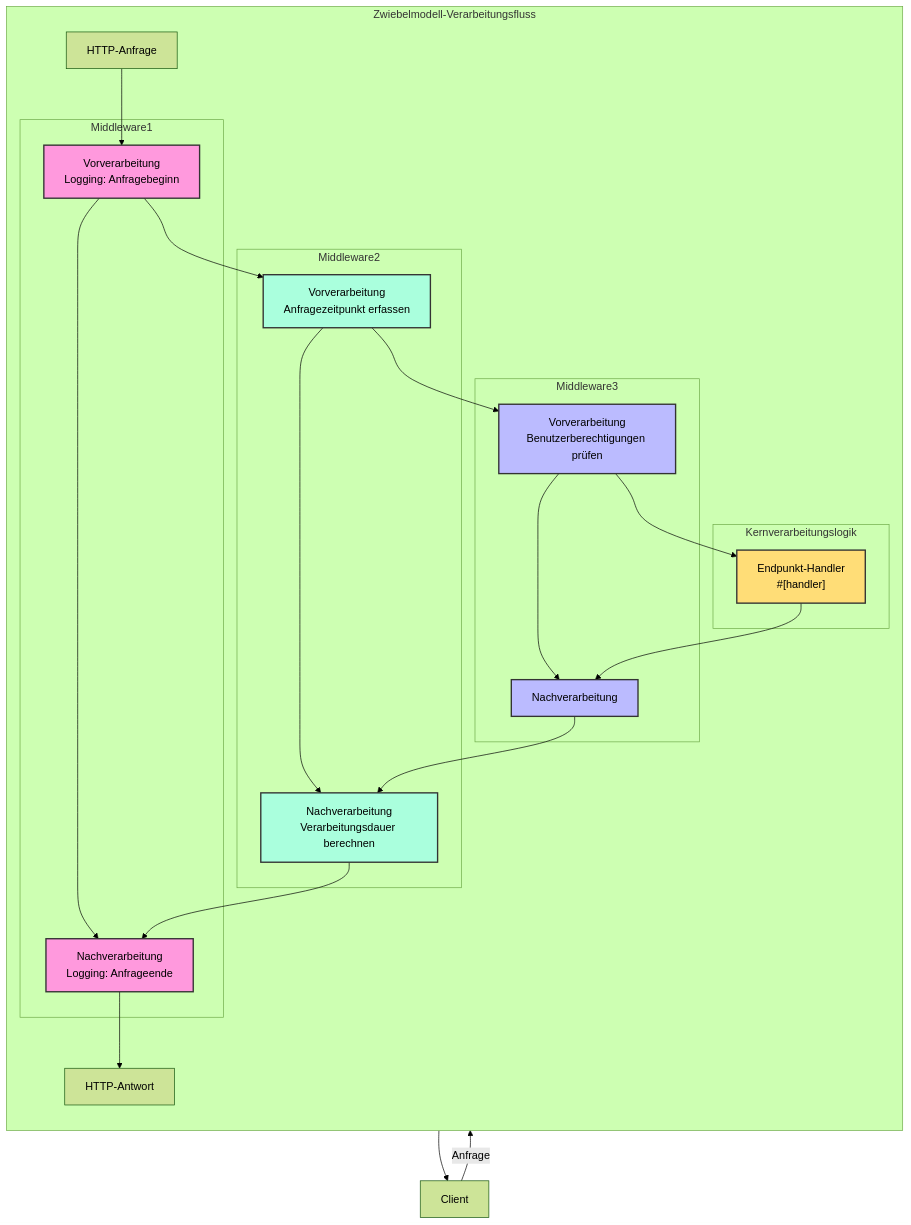
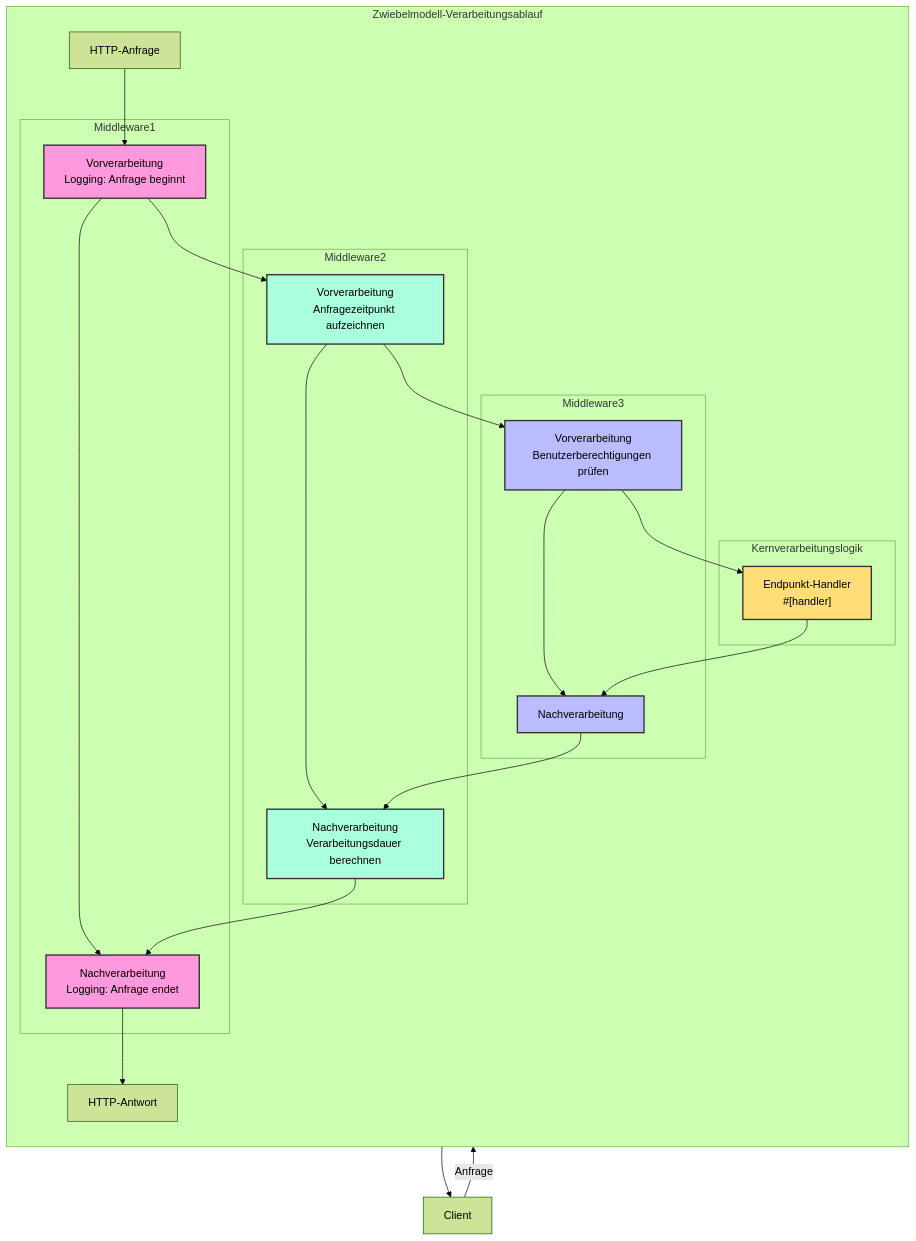
The second of 2 diagrams in docs/de/guide/concepts/handler.mdx (salvo-rs/website), drawn with Mermaid (forest theme) before and after one commit. The commit also changed other lines of this file and 1062 other files, not shown here.

````diff
--- a/docs/de/guide/concepts/handler.mdx
+++ b/docs/de/guide/concepts/handler.mdx
@@ -60,45 +60,45 @@
 ```mermaid
 flowchart TB
     Client[Client] -->|Anfrage| Request[HTTP-Anfrage]
 
-    subgraph "Zwiebelmodell-Verarbeitungsfluss"
+    subgraph "Zwiebelmodell-Verarbeitungsablauf"
         direction TB
 
         subgraph M1["Middleware1"]
-            M1A["Vorverarbeitung<br>Logging: Anfragebeginn"] --> M1B["Nachverarbeitung<br>Logging: Anfrageende"]
+            M1A["Vorverarbeitung<br>Logging: Anfrage beginnt"] --> M1B["Nachverarbeitung<br>Logging: Anfrage endet"]
         end
 
         subgraph M2["Middleware2"]
-            M2A["Vorverarbeitung<br>Anfragezeitpunkt erfassen"] --> M2B["Nachverarbeitung<br>Verarbeitungsdauer berechnen"]
+            M2A["Vorverarbeitung<br>Anfragezeitpunkt aufzeichnen"] --> M2B["Nachverarbeitung<br>Verarbeitungsdauer berechnen"]
         end
 
         subgraph M3["Middleware3"]
             M3A["Vorverarbeitung<br>Benutzerberechtigungen prüfen"] --> M3B["Nachverarbeitung<br>"]
         end
 
         subgraph Core["Kernverarbeitungslogik"]
             Handler["Endpunkt-Handler<br>#[handler]"]
         end
 
         Request --> M1A
         M1A --> M2A
         M2A --> M3A
         M3A --> Handler
         Handler --> M3B
         M3B --> M2B
         M2B --> M1B
         M1B --> Response
     end
 
     Response[HTTP-Antwort] --> Client
 
     classDef middleware1 fill:#f9d,stroke:#333,stroke-width:2px;
     classDef middleware2 fill:#afd,stroke:#333,stroke-width:2px;
     classDef middleware3 fill:#bbf,stroke:#333,stroke-width:2px;
     classDef core fill:#fd7,stroke:#333,stroke-width:2px;
 
     class M1A,M1B middleware1;
     class M2A,M2B middleware2;
     class M3A,M3B middleware3;
     class Handler core;
 ```
````
